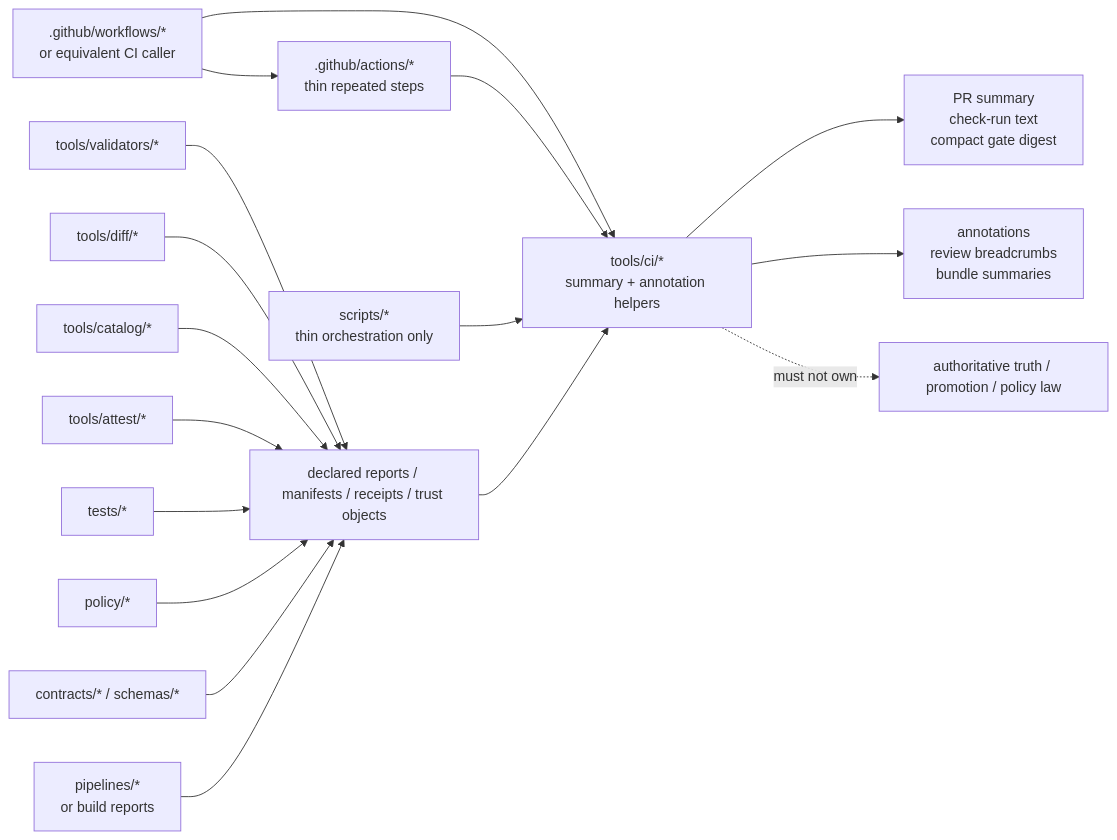
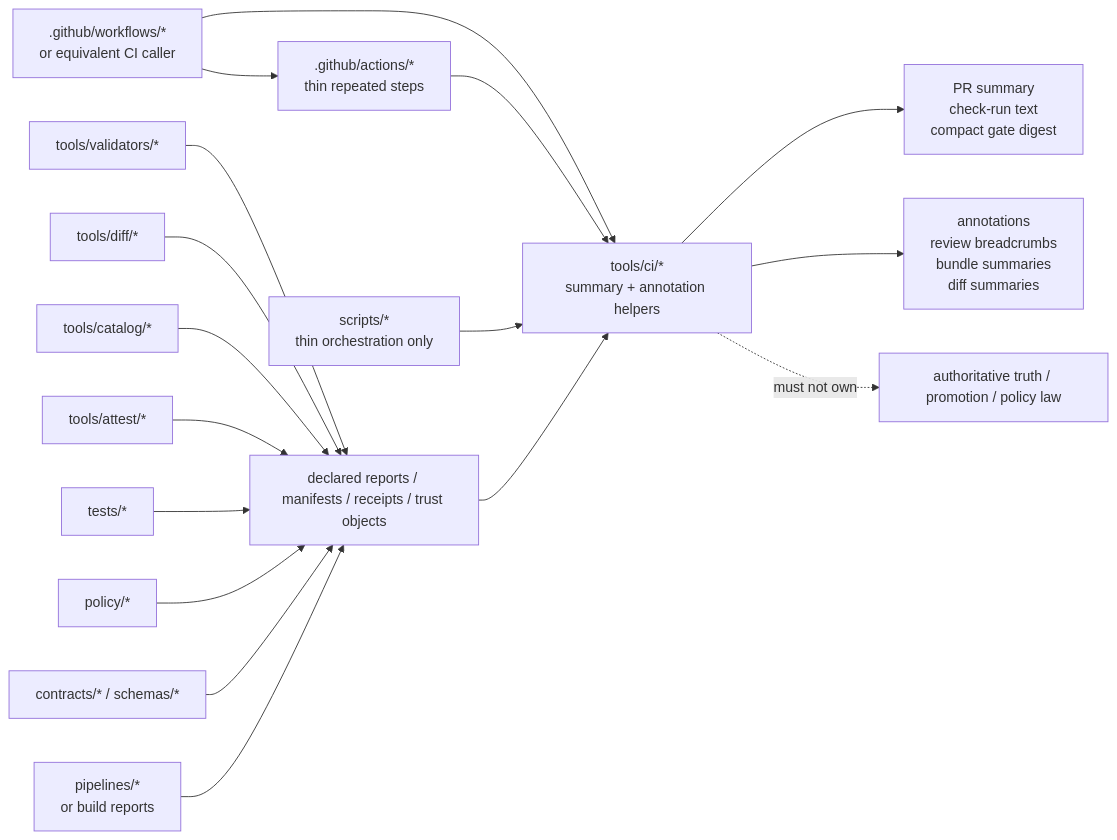
The diagram in tools/ci/README.md (bartytime4life/Kansas-Frontier-Matrix), drawn with Mermaid before and after one commit. The commit also changed other lines of this file, not shown here.

````diff
--- a/tools/ci/README.md
+++ b/tools/ci/README.md
@@ -325,41 +359,41 @@
 ```mermaid
 flowchart LR
     WF[".github/workflows/*<br/>or equivalent CI caller"]
     AC[".github/actions/*<br/>thin repeated steps"]
     SC["scripts/*<br/>thin orchestration only"]
 
     VA["tools/validators/*"]
     DF["tools/diff/*"]
     CA["tools/catalog/*"]
     AT["tools/attest/*"]
     TS["tests/*"]
     PO["policy/*"]
     CO["contracts/* / schemas/*"]
     PI["pipelines/*<br/>or build reports"]
 
     IN1["declared reports / manifests / receipts / trust objects"]
     CI["tools/ci/*<br/>summary + annotation helpers"]
     OUT1["PR summary<br/>check-run text<br/>compact gate digest"]
-    OUT2["annotations<br/>review breadcrumbs<br/>bundle summaries"]
+    OUT2["annotations<br/>review breadcrumbs<br/>bundle summaries<br/>diff summaries"]
     NO["authoritative truth / promotion / policy law"]
 
     WF --> AC
     WF --> CI
     AC --> CI
     SC --> CI
 
     VA --> IN1
     DF --> IN1
     CA --> IN1
     AT --> IN1
     TS --> IN1
     PO --> IN1
     CO --> IN1
     PI --> IN1
 
     IN1 --> CI
     CI --> OUT1
     CI --> OUT2
 
     CI -. must not own .-> NO
 ```
````
